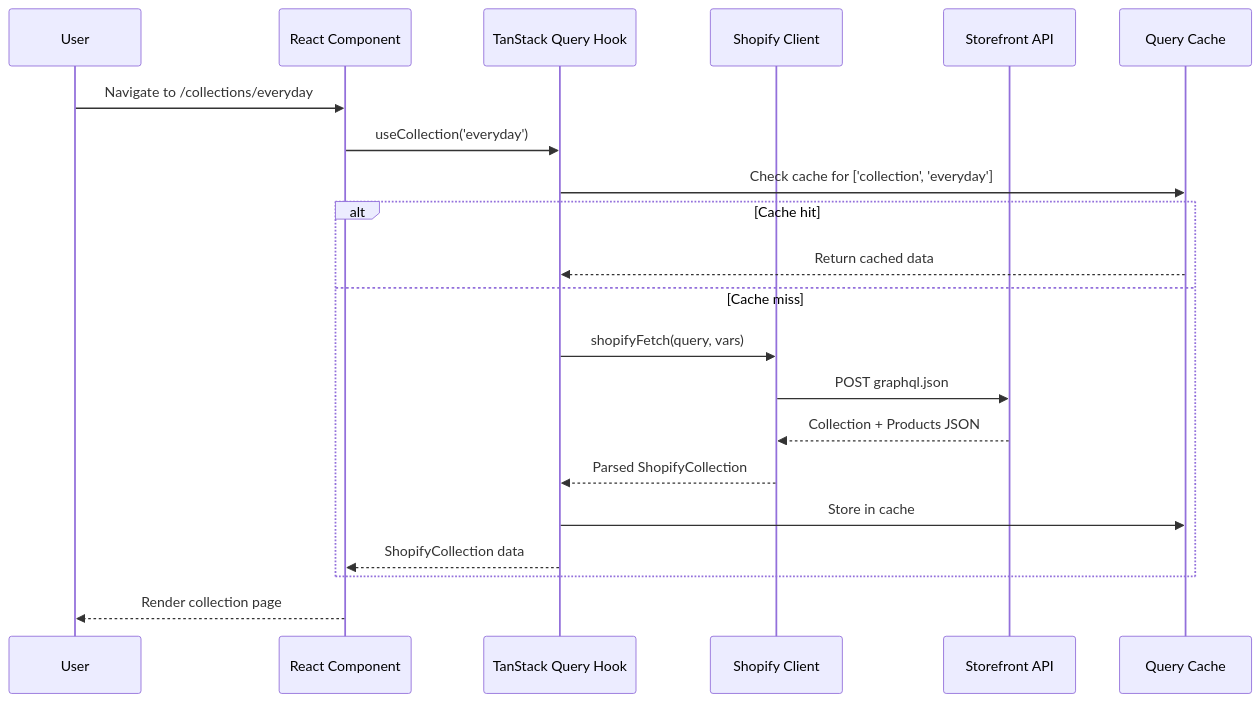
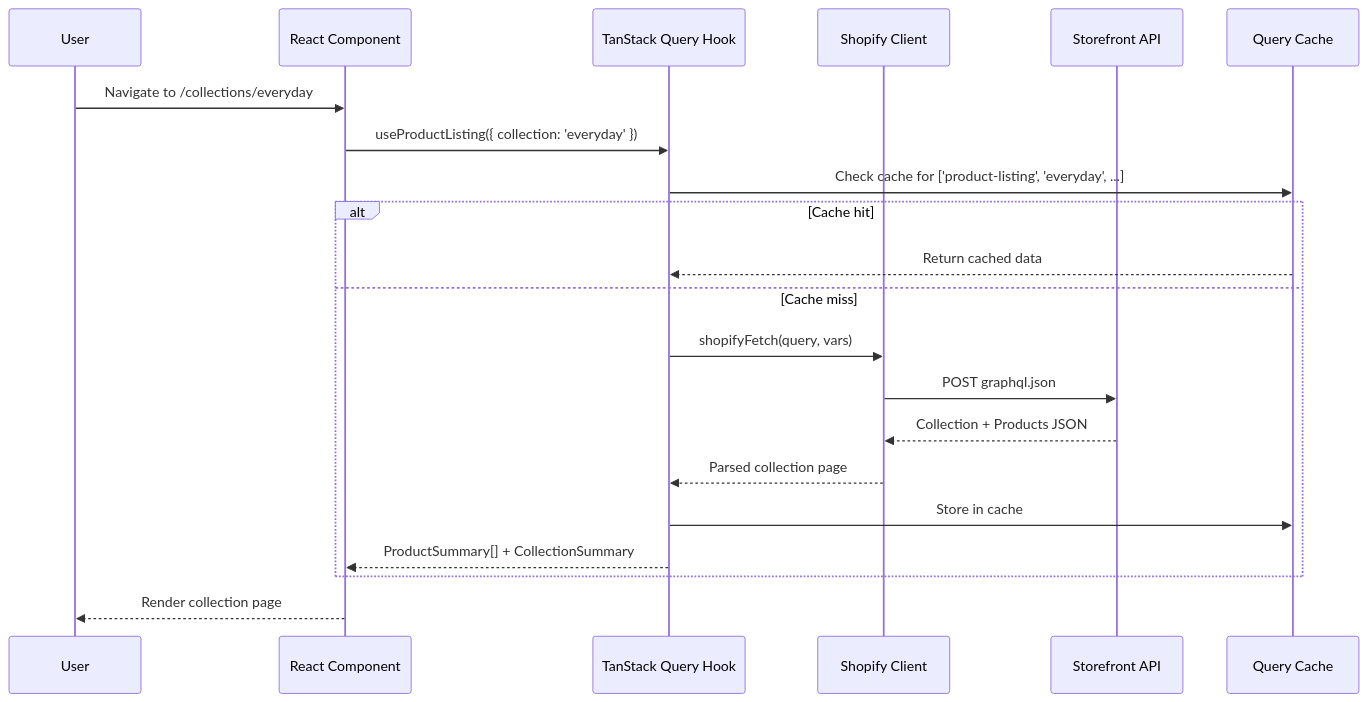
The second of 3 diagrams in docs/01-architecture.md (JasdeepN/house-of-mornii-shop), drawn with Mermaid before and after one commit. The commit also changed 12 other files, not shown here.

````diff
--- a/docs/01-architecture.md
+++ b/docs/01-architecture.md
@@ -126,24 +126,24 @@
 ```mermaid
 sequenceDiagram
     participant User as User
     participant Component as React Component
     participant Hook as TanStack Query Hook
     participant Client as Shopify Client
     participant API as Storefront API
     participant Cache as Query Cache
 
     User->>Component: Navigate to /collections/everyday
-    Component->>Hook: useCollection('everyday')
-    Hook->>Cache: Check cache for ['collection', 'everyday']
+    Component->>Hook: useProductListing({ collection: 'everyday' })
+    Hook->>Cache: Check cache for ['product-listing', 'everyday', ...]
     alt Cache hit
         Cache-->>Hook: Return cached data
     else Cache miss
         Hook->>Client: shopifyFetch(query, vars)
         Client->>API: POST graphql.json
         API-->>Client: Collection + Products JSON
-        Client-->>Hook: Parsed ShopifyCollection
+        Client-->>Hook: Parsed collection page
         Hook->>Cache: Store in cache
-        Hook-->>Component: ShopifyCollection data
+        Hook-->>Component: ProductSummary[] + CollectionSummary
     end
     Component-->>User: Render collection page
 ```
````
